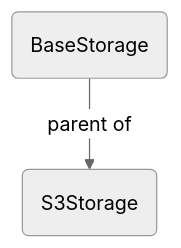
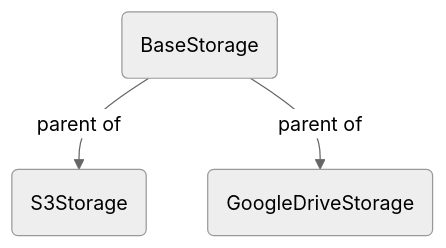
The second of 2 diagrams in README.md (bellingcat/auto-archiver), drawn with Mermaid (neutral theme) before and after one commit.

````diff
--- a/README.md
+++ b/README.md
@@ -98,4 +98,5 @@
 ```mermaid
 graph TD
     A(BaseStorage) -->|parent of| B(S3Storage)
+    A(BaseStorage) -->|parent of| C(GoogleDriveStorage)
 ```
````
